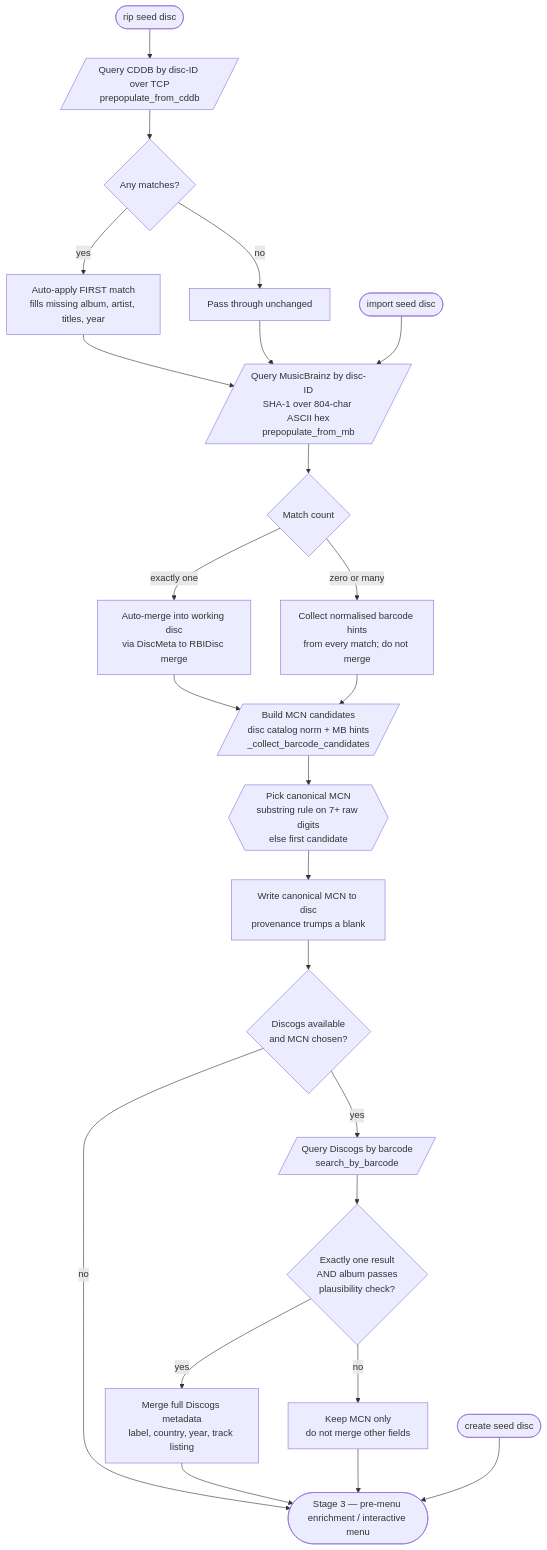
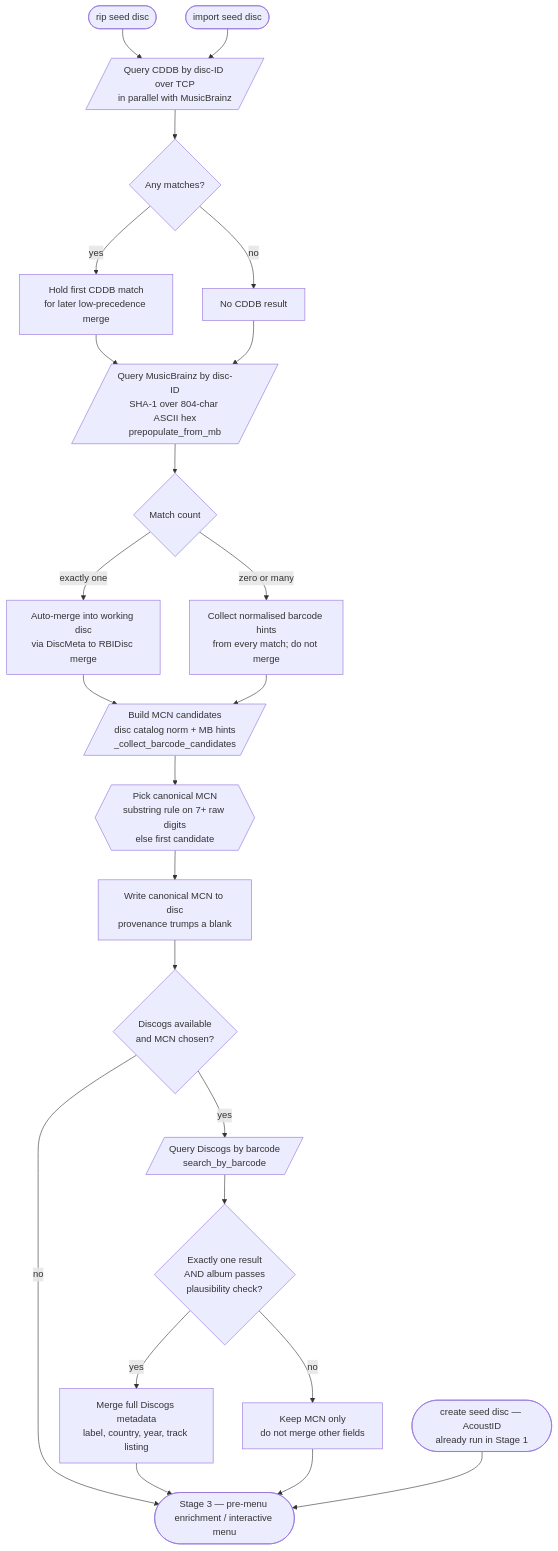
One commit to HomerSlated/cdda2img changed the second of 5 diagrams in docs/flow/metadata-pipeline.md. Above: the diagram before and after it, drawn with Mermaid. The commit also changed other lines of this file, not shown here.

First line of the commit message:
docs(flow): regenerate metadata-pipeline flowchart for current code

````diff
--- a/docs/flow/metadata-pipeline.md
+++ b/docs/flow/metadata-pipeline.md
@@ -172,34 +176,35 @@
 ```mermaid
 flowchart TD
     rip_seed_in([rip seed disc])
     import_seed_in([import seed disc])
-    create_seed_in([create seed disc])
+    create_seed_in([create seed disc — AcoustID<br/>already run in Stage 1])
 
-    rip_seed_in --> cddb_query[/Query CDDB by disc-ID over TCP<br/>prepopulate_from_cddb/]
+    rip_seed_in --> cddb_query[/Query CDDB by disc-ID over TCP<br/>in parallel with MusicBrainz/]
+    import_seed_in --> cddb_query
     cddb_query --> cddb_gate{Any matches?}
-    cddb_gate -- yes --> cddb_apply[Auto-apply FIRST match<br/>fills missing album, artist, titles, year]
-    cddb_gate -- no --> cddb_pass[Pass through unchanged]
+    cddb_gate -- yes --> cddb_apply[Hold first CDDB match<br/>for later low-precedence merge]
+    cddb_gate -- no --> cddb_pass[No CDDB result]
     cddb_apply --> mb_query
     cddb_pass --> mb_query
 
-    import_seed_in --> mb_query[/Query MusicBrainz by disc-ID<br/>SHA-1 over 804-char ASCII hex<br/>prepopulate_from_mb/]
+    mb_query[/Query MusicBrainz by disc-ID<br/>SHA-1 over 804-char ASCII hex<br/>prepopulate_from_mb/]
     mb_query --> mb_count{Match count}
     mb_count -- exactly one --> mb_apply[Auto-merge into working disc<br/>via DiscMeta to RBIDisc merge]
     mb_count -- zero or many --> mb_collect[Collect normalised barcode hints<br/>from every match; do not merge]
     mb_apply --> dg_step
     mb_collect --> dg_step
 
     dg_step[/Build MCN candidates<br/>disc catalog norm + MB hints<br/>_collect_barcode_candidates/]
     dg_step --> dg_pick{{Pick canonical MCN<br/>substring rule on 7+ raw digits<br/>else first candidate}}
     dg_pick --> dg_write[Write canonical MCN to disc<br/>provenance trumps a blank]
     dg_write --> dg_search{Discogs available<br/>and MCN chosen?}
     dg_search -- no --> menu_in
     dg_search -- yes --> dg_query[/Query Discogs by barcode<br/>search_by_barcode/]
     dg_query --> dg_gate{Exactly one result<br/>AND album passes<br/>plausibility check?}
     dg_gate -- yes --> dg_merge[Merge full Discogs metadata<br/>label, country, year, track listing]
     dg_gate -- no --> dg_keep[Keep MCN only<br/>do not merge other fields]
     dg_merge --> menu_in
     dg_keep --> menu_in
 
     create_seed_in --> menu_in([Stage 3 — pre-menu enrichment / interactive menu])
 ```
````
